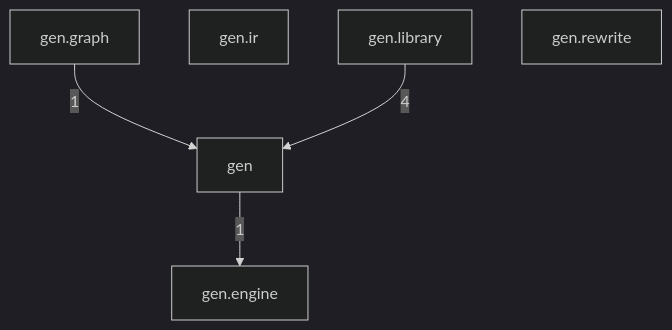
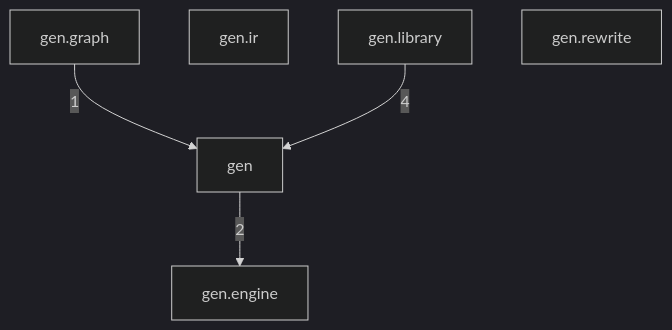
The first of 7 diagrams in dev/modules/gen.md (tlaplus/model-checker-hardening), drawn with Mermaid (dark theme) before and after one commit. The commit also changed other lines of this file and 405 other files, not shown here.

````diff
--- a/dev/modules/gen.md
+++ b/dev/modules/gen.md
@@ -14,12 +14,12 @@
 ```mermaid
 flowchart TB
   gen["gen"]
   gen_engine["gen.engine"]
   gen_graph["gen.graph"]
   gen_ir["gen.ir"]
   gen_library["gen.library"]
   gen_rewrite["gen.rewrite"]
-  gen -->|1| gen_engine
+  gen -->|2| gen_engine
   gen_graph -->|1| gen
   gen_library -->|4| gen
 ```
````
